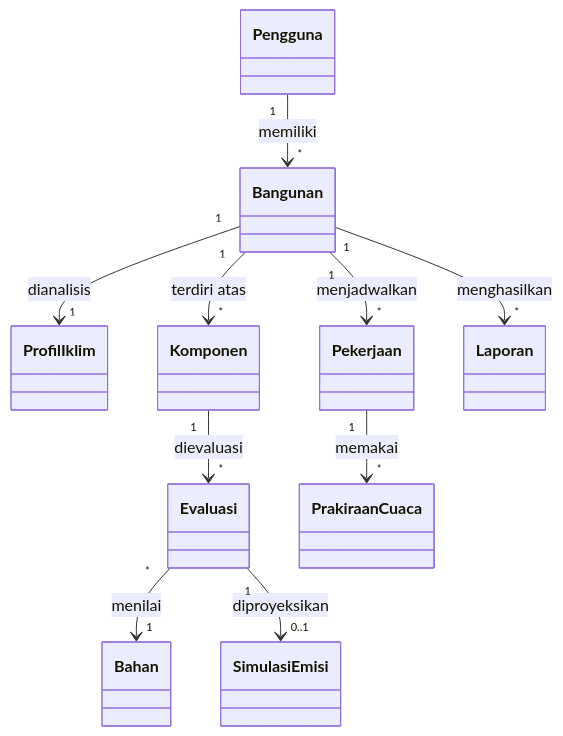
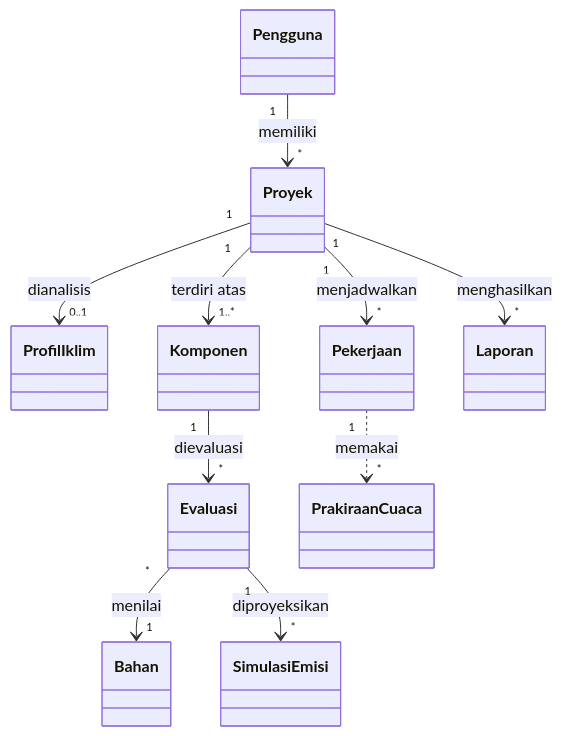
One commit to scientivan/wastu changed the third of 4 diagrams in docs/uml-wastu.md. Above: the diagram before and after it, drawn with Mermaid. The commit also changed other lines of this file and 1 other file, not shown here.

Commit message:
docs: align UML diagrams and drawio models with target specifications

````diff
--- a/docs/uml-wastu.md
+++ b/docs/uml-wastu.md
@@ -79,23 +93,23 @@
 ```mermaid
 classDiagram
     class Pengguna
-    class Bangunan
+    class Proyek
     class ProfilIklim
     class Komponen
     class Bahan
     class Evaluasi
     class SimulasiEmisi
     class Pekerjaan
     class PrakiraanCuaca
     class Laporan
 
-    Pengguna "1" --> "*" Bangunan : memiliki
-    Bangunan "1" --> "1" ProfilIklim : dianalisis
-    Bangunan "1" --> "*" Komponen : terdiri atas
-    Bangunan "1" --> "*" Pekerjaan : menjadwalkan
-    Bangunan "1" --> "*" Laporan : menghasilkan
+    Pengguna "1" --> "*" Proyek : memiliki
+    Proyek "1" --> "0..1" ProfilIklim : dianalisis
+    Proyek "1" --> "1..*" Komponen : terdiri atas
+    Proyek "1" --> "*" Pekerjaan : menjadwalkan
+    Proyek "1" --> "*" Laporan : menghasilkan
     Komponen "1" --> "*" Evaluasi : dievaluasi
     Evaluasi "*" --> "1" Bahan : menilai
-    Evaluasi "1" --> "0..1" SimulasiEmisi : diproyeksikan
-    Pekerjaan "1" --> "*" PrakiraanCuaca : memakai
+    Evaluasi "1" --> "*" SimulasiEmisi : diproyeksikan
+    Pekerjaan "1" ..> "*" PrakiraanCuaca : memakai
 ```
````
